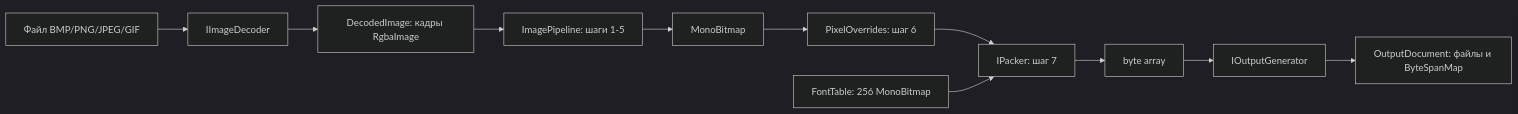
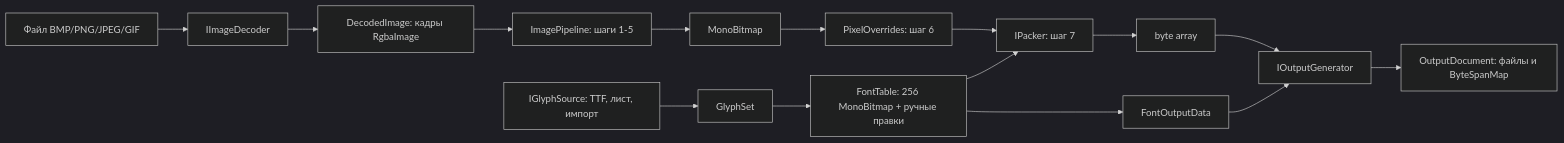
The second of 3 diagrams in docs/architecture.md (Gary11777/image2gdram_converter), drawn with Mermaid (dark theme) before and after one commit. The commit also changed other lines of this file and 31 other files, not shown here.

````diff
--- a/docs/architecture.md
+++ b/docs/architecture.md
@@ -73,13 +80,17 @@
 ```mermaid
 flowchart LR
     File["Файл BMP/PNG/JPEG/GIF"] --> Decoder["IImageDecoder"]
     Decoder --> Frames["DecodedImage: кадры RgbaImage"]
     Frames --> Pipeline["ImagePipeline: шаги 1-5"]
     Pipeline --> Mono["MonoBitmap"]
     Mono --> Overrides["PixelOverrides: шаг 6"]
     Overrides --> Packer["IPacker: шаг 7"]
     Packer --> Bytes["byte array"]
     Bytes --> Generator["IOutputGenerator"]
     Generator --> Doc["OutputDocument: файлы и ByteSpanMap"]
-    FontTable["FontTable: 256 MonoBitmap"] --> Packer
+    Sources["IGlyphSource: TTF, лист, импорт"] --> Glyphs["GlyphSet"]
+    Glyphs --> FontTable["FontTable: 256 MonoBitmap + ручные правки"]
+    FontTable --> Packer
+    FontTable --> FontData["FontOutputData"]
+    FontData --> Generator
 ```
````
